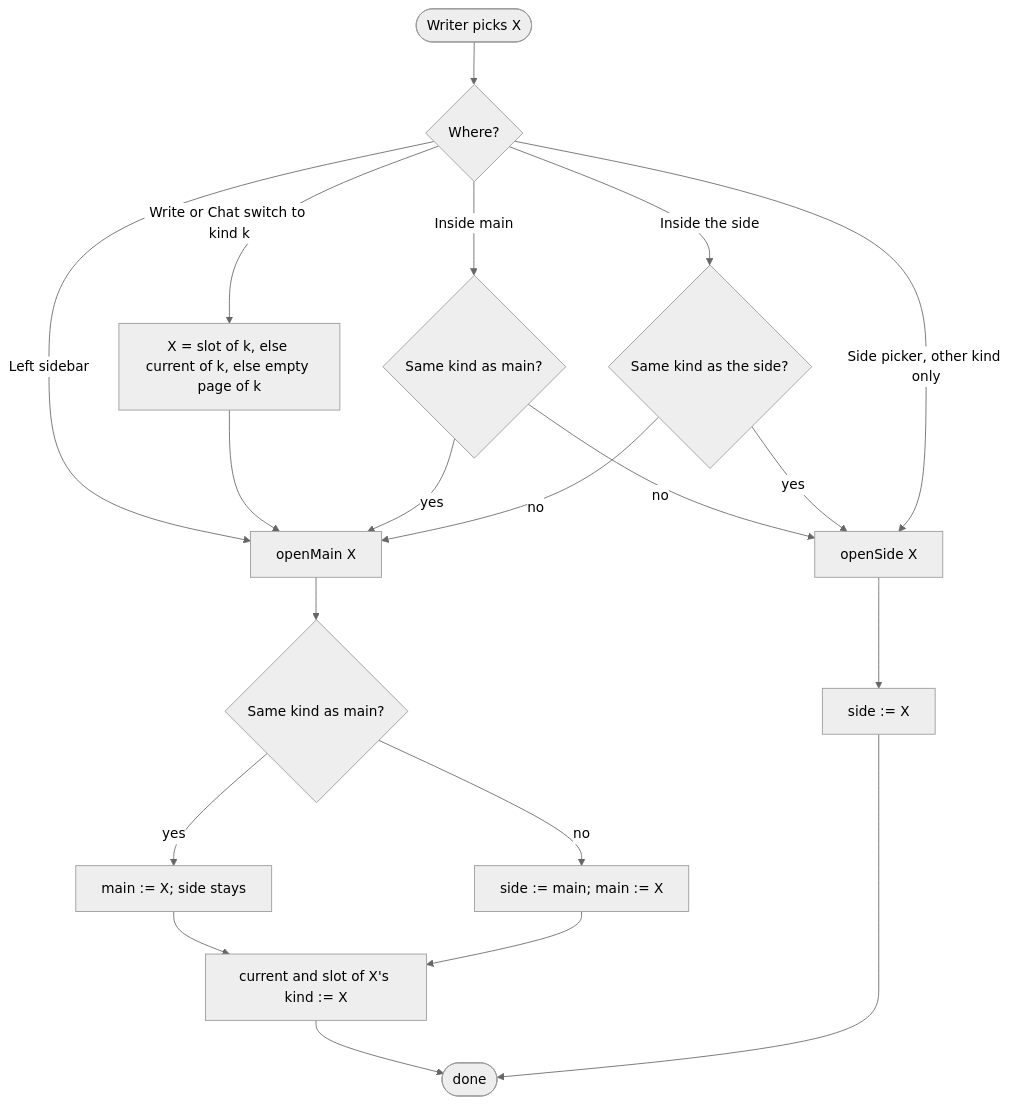
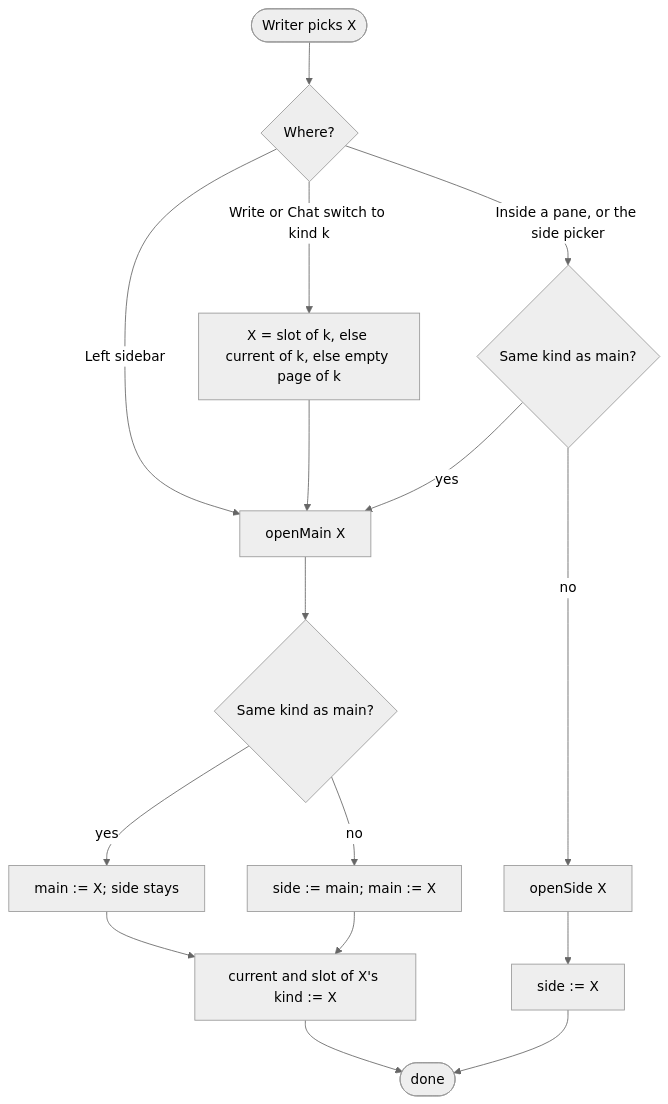
The first of 2 diagrams in apps/app/src/features/project/.context/pane-state-machine.md (haowjy/meridian-flow), drawn with Mermaid (neutral theme) before and after one commit. The commit also changed other lines of this file and 12 other files, not shown here.

````diff
--- a/apps/app/src/features/project/.context/pane-state-machine.md
+++ b/apps/app/src/features/project/.context/pane-state-machine.md
@@ -42,20 +42,16 @@
 ```mermaid
 flowchart TD
   pick([Writer picks X]) --> where{Where?}
   where -->|Left sidebar| om[openMain X]
   where -->|Write or Chat switch to kind k| cur[X = slot of k, else current of k, else empty page of k] --> om
-  where -->|Inside main| inMain{Same kind as main?}
-  inMain -->|yes| om
-  inMain -->|no| os[openSide X]
-  where -->|Inside the side| inSide{Same kind as the side?}
-  inSide -->|yes| os
-  inSide -->|no| om
-  where -->|Side picker, other kind only| os
+  where -->|Inside a pane, or the side picker| inPane{Same kind as main?}
+  inPane -->|yes| om
+  inPane -->|no| os[openSide X]
   om --> kind{Same kind as main?}
   kind -->|yes| rep[main := X; side stays]
   kind -->|no| swap[side := main; main := X]
   rep --> setcur[current and slot of X's kind := X]
   swap --> setcur
   setcur --> done([done])
   os --> sideset[side := X] --> done
 ```
````
